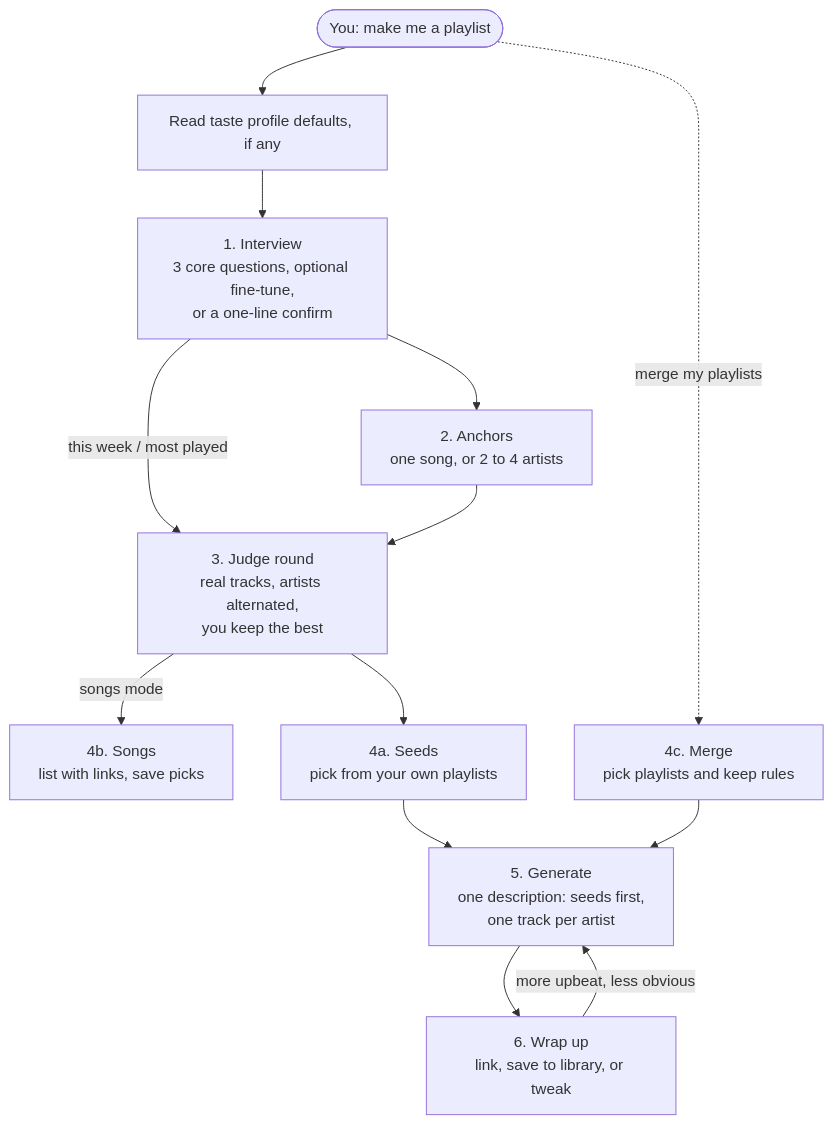
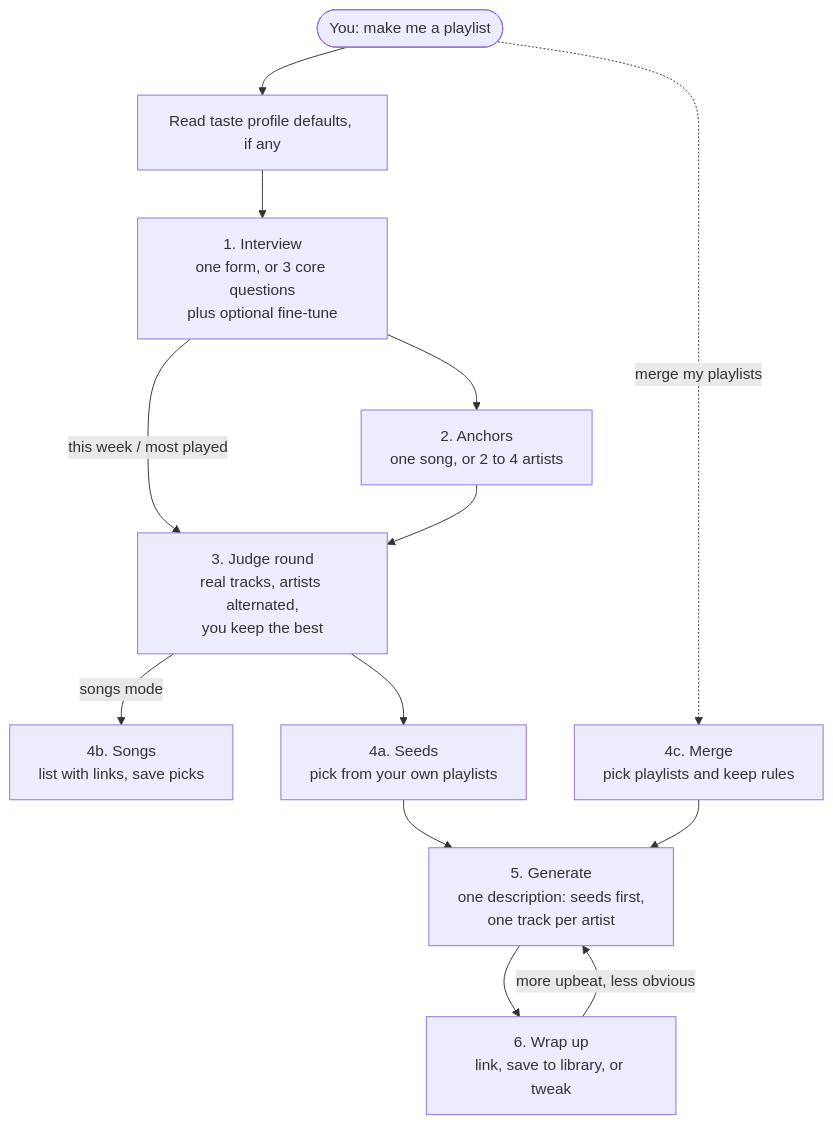
Before and after one commit to Tiebe-Vaes/playlist-builder-for-spotify: the diagram in README.md, drawn with Mermaid. The commit also changed other lines of this file and 8 other files, not shown here.

Commit message:
feat(skill): one-form interview, judge previews and wrap-up buttons

````diff
--- a/README.md
+++ b/README.md
@@ -18,15 +18,15 @@
 ```mermaid
 flowchart TD
     A([You: make me a playlist]) --> T[Read taste profile defaults, if any]
-    T --> I[1. Interview<br/>3 core questions, optional fine-tune,<br/>or a one-line confirm]
+    T --> I[1. Interview<br/>one form, or 3 core questions<br/>plus optional fine-tune]
     I --> N[2. Anchors<br/>one song, or 2 to 4 artists]
     I -- this week / most played --> J
     N --> J[3. Judge round<br/>real tracks, artists alternated,<br/>you keep the best]
     J -- songs mode --> L[4b. Songs<br/>list with links, save picks]
     J --> S[4a. Seeds<br/>pick from your own playlists]
     A -. merge my playlists .-> M[4c. Merge<br/>pick playlists and keep rules]
     S --> G[5. Generate<br/>one description: seeds first,<br/>one track per artist]
     M --> G
     G --> W[6. Wrap up<br/>link, save to library, or tweak]
     W -- more upbeat, less obvious --> G
 ```
````
